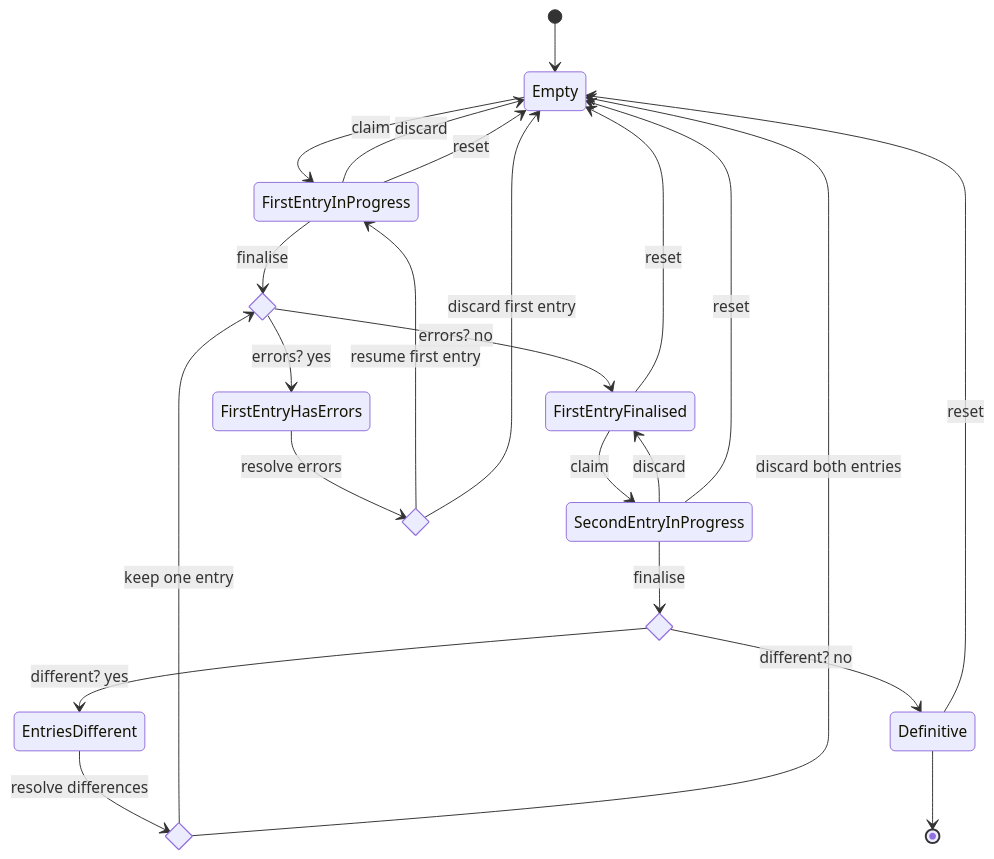
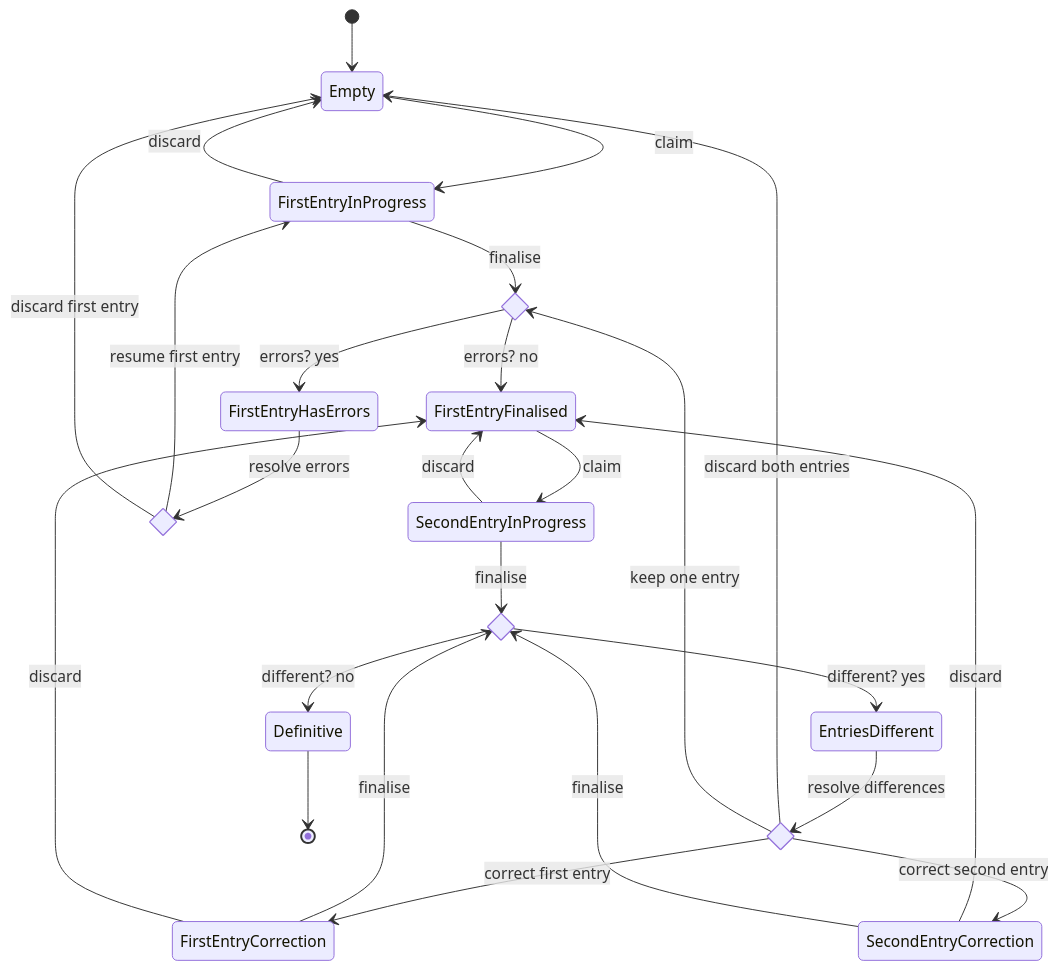
The diagram in documentatie/state-machines/data-entry-state.md (kiesraad/abacus), drawn with Mermaid before and after one commit. The commit also changed other lines of this file, not shown here.

Commit message:
Add correction states to data-entry-state.md

````diff
--- a/documentatie/state-machines/data-entry-state.md
+++ b/documentatie/state-machines/data-entry-state.md
@@ -11,38 +12,38 @@
 ```mermaid
 stateDiagram-v2
   [*] --> Empty
   Empty --> FirstEntryInProgress: claim
-  %% FirstEntryInProgress --> FirstEntryInProgress: save
 
   state first_has_errors <<choice>>
   FirstEntryInProgress --> first_has_errors: finalise
   FirstEntryInProgress --> Empty: discard
-  
   first_has_errors --> FirstEntryFinalised: errors? no
   first_has_errors --> FirstEntryHasErrors: errors? yes
 
   FirstEntryFinalised --> SecondEntryInProgress: claim
-  %% SecondEntryInProgress --> SecondEntryInProgress: save
   SecondEntryInProgress --> FirstEntryFinalised: discard
 
   state first_resolve_errors <<choice>>
   FirstEntryHasErrors --> first_resolve_errors: resolve errors
   first_resolve_errors --> FirstEntryInProgress: resume first entry
   first_resolve_errors --> Empty: discard first entry
   
   state is_different <<choice>>
   SecondEntryInProgress --> is_different: finalise
   is_different --> EntriesDifferent: different? yes
   is_different --> Definitive: different? no
   
   state resolve <<choice>>
   EntriesDifferent --> resolve: resolve differences
+  resolve --> Empty: discard both entries
   resolve --> first_has_errors: keep one entry
-  resolve --> Empty: discard both entries
-  FirstEntryInProgress --> Empty: reset
-  FirstEntryFinalised --> Empty: reset
-  SecondEntryInProgress --> Empty: reset
-  Definitive --> Empty: reset
+  resolve --> FirstEntryCorrection: correct first entry
+  resolve --> SecondEntryCorrection: correct second entry
+
+  FirstEntryCorrection --> is_different: finalise
+  FirstEntryCorrection --> FirstEntryFinalised: discard
+  SecondEntryCorrection --> FirstEntryFinalised: discard
+  SecondEntryCorrection --> is_different: finalise
 
   Definitive --> [*]
 ```
````
